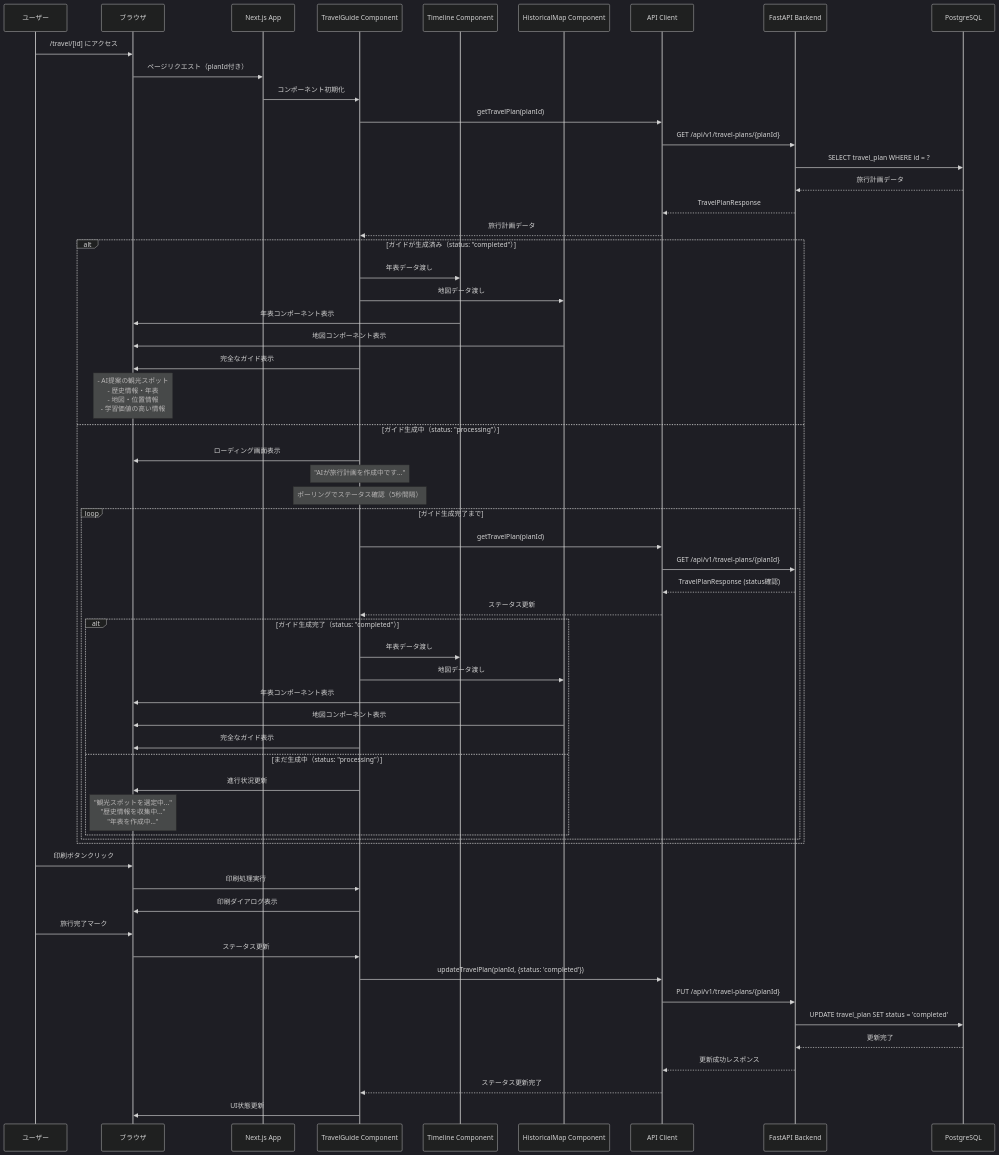
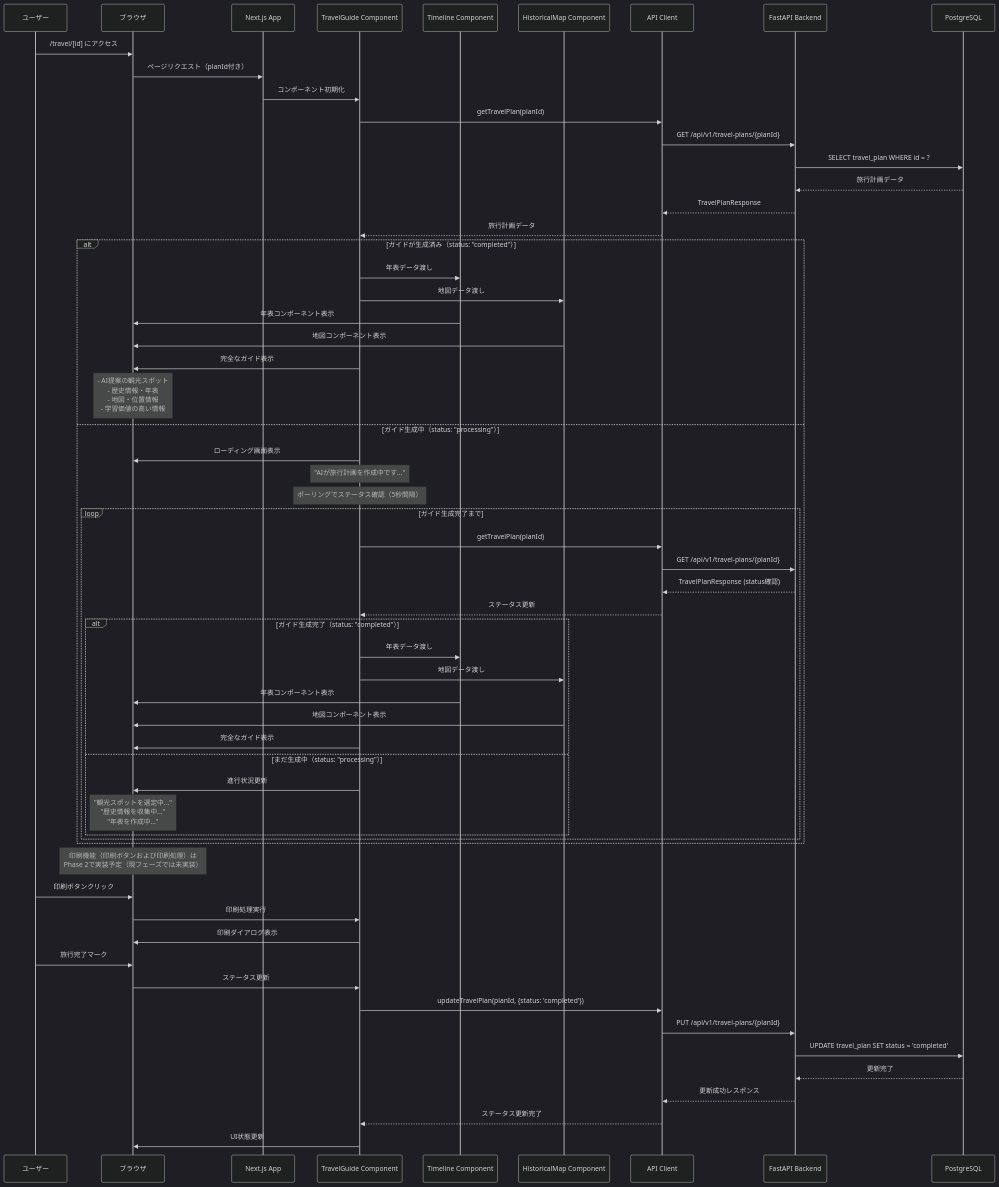
One commit to narumikr/ai-hackathon-4th changed the third of 5 diagrams in docs/frontend/travel-sequence-diagram.md. Above: the diagram before and after it, drawn with Mermaid (dark theme). The commit also changed other lines of this file, not shown here.

````diff
--- a/docs/frontend/travel-sequence-diagram.md
+++ b/docs/frontend/travel-sequence-diagram.md
@@ -208,68 +209,69 @@
 ```mermaid
 sequenceDiagram
     participant User as ユーザー
     participant Browser as ブラウザ
     participant NextJS as Next.js App
     participant TravelGuide as TravelGuide Component
     participant Timeline as Timeline Component
     participant HistoricalMap as HistoricalMap Component
     participant API as API Client
     participant Backend as FastAPI Backend
     participant DB as PostgreSQL
 
     User->>Browser: /travel/[id] にアクセス
     Browser->>NextJS: ページリクエスト（planId付き）
     NextJS->>TravelGuide: コンポーネント初期化
     
     TravelGuide->>API: getTravelPlan(planId)
     API->>Backend: GET /api/v1/travel-plans/{planId}
     Backend->>DB: SELECT travel_plan WHERE id = ?
     DB-->>Backend: 旅行計画データ
     Backend-->>API: TravelPlanResponse
     API-->>TravelGuide: 旅行計画データ
     
     alt ガイドが生成済み（status: "completed"）
         TravelGuide->>Timeline: 年表データ渡し
         TravelGuide->>HistoricalMap: 地図データ渡し
         Timeline->>Browser: 年表コンポーネント表示
         HistoricalMap->>Browser: 地図コンポーネント表示
         TravelGuide->>Browser: 完全なガイド表示
         Note over Browser: - AI提案の観光スポット<br/>- 歴史情報・年表<br/>- 地図・位置情報<br/>- 学習価値の高い情報
     else ガイド生成中（status: "processing"）
         TravelGuide->>Browser: ローディング画面表示
         Note over TravelGuide: "AIが旅行計画を作成中です..."
         
         Note over TravelGuide: ポーリングでステータス確認（5秒間隔）
         loop ガイド生成完了まで
             TravelGuide->>API: getTravelPlan(planId)
             API->>Backend: GET /api/v1/travel-plans/{planId}
             Backend-->>API: TravelPlanResponse (status確認)
             API-->>TravelGuide: ステータス更新
             
             alt ガイド生成完了（status: "completed"）
                 TravelGuide->>Timeline: 年表データ渡し
                 TravelGuide->>HistoricalMap: 地図データ渡し
                 Timeline->>Browser: 年表コンポーネント表示
                 HistoricalMap->>Browser: 地図コンポーネント表示
                 TravelGuide->>Browser: 完全なガイド表示
             else まだ生成中（status: "processing"）
                 TravelGuide->>Browser: 進行状況更新
                 Note over Browser: "観光スポットを選定中..."<br/>"歴史情報を収集中..."<br/>"年表を作成中..."
             end
         end
     end
     
+    Note over Browser: 印刷機能（印刷ボタンおよび印刷処理）は<br/>Phase 2で実装予定（現フェーズでは未実装）
     User->>Browser: 印刷ボタンクリック
     Browser->>TravelGuide: 印刷処理実行
     TravelGuide->>Browser: 印刷ダイアログ表示
     
     User->>Browser: 旅行完了マーク
     Browser->>TravelGuide: ステータス更新
     TravelGuide->>API: updateTravelPlan(planId, {status: 'completed'})
     API->>Backend: PUT /api/v1/travel-plans/{planId}
     Backend->>DB: UPDATE travel_plan SET status = 'completed'
     DB-->>Backend: 更新完了
     Backend-->>API: 更新成功レスポンス
     API-->>TravelGuide: ステータス更新完了
     TravelGuide->>Browser: UI状態更新
 ```
````
